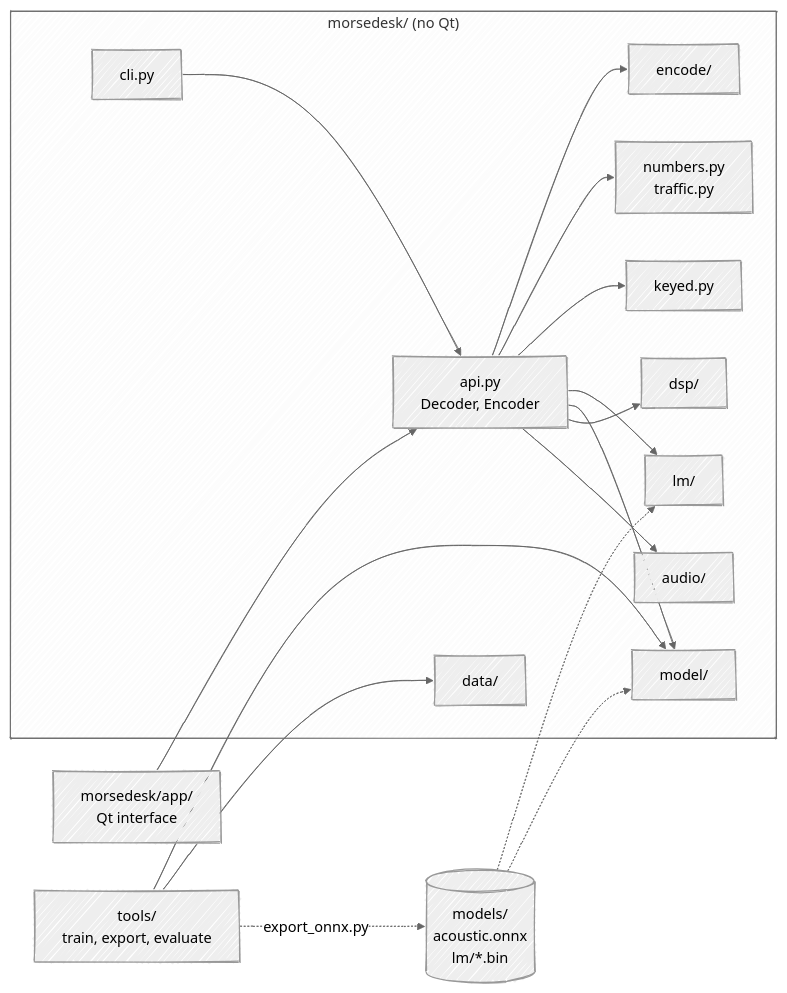
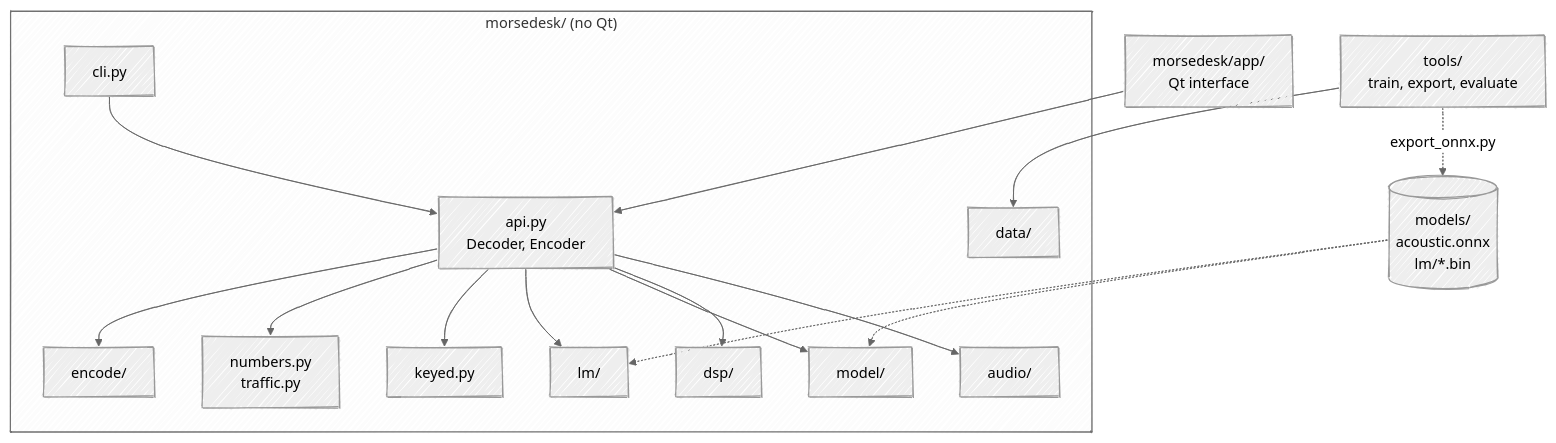
Before and after one commit to manh2303code/morsedesk: the diagram in README.md, drawn with Mermaid (neutral theme). The commit also changed 2 other files, not shown here.

Commit message:
README: đồ thị phụ thuộc vẽ từ trên xuống (api.py tỏa xuống các module)
Bản trái sang phải đặt app/ và tools/ dưới đáy, mũi tên cắt chéo cả khung lõi.

Claude-Session: https://claude.ai/code/session_011pHgLd9ypHm91tS6n5mkvV

````diff
--- a/README.md
+++ b/README.md
@@ -56,24 +56,23 @@
 ```mermaid
 ---
 config:
   look: handDrawn
 ---
-flowchart LR
+flowchart TB
   app["morsedesk/app/<br/>Qt interface"] --> api
   subgraph core["morsedesk/ (no Qt)"]
     cli["cli.py"] --> api["api.py<br/>Decoder, Encoder"]
     api --> audio["audio/"]
     api --> dsp["dsp/"]
     api --> model["model/"]
     api --> lm["lm/"]
     api --> keyed["keyed.py"]
     api --> traffic["numbers.py<br/>traffic.py"]
     api --> encode["encode/"]
     data["data/"]
   end
-  models[("models/<br/>acoustic.onnx<br/>lm/*.bin")] -.-> model
+  tools["tools/<br/>train, export, evaluate"] --> data
+  tools -.->|export_onnx.py| models[("models/<br/>acoustic.onnx<br/>lm/*.bin")]
+  models -.-> model
   models -.-> lm
-  tools["tools/<br/>train, export, evaluate"] --> data
-  tools --> model
-  tools -. "export_onnx.py" .-> models
 ```
````
